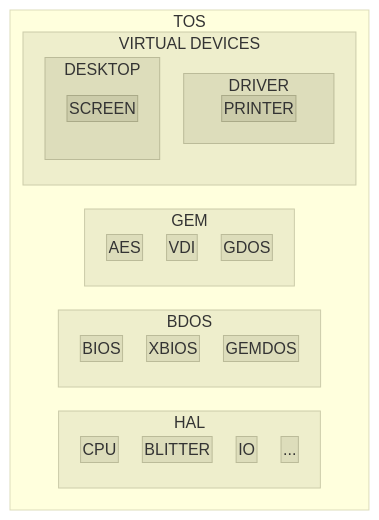
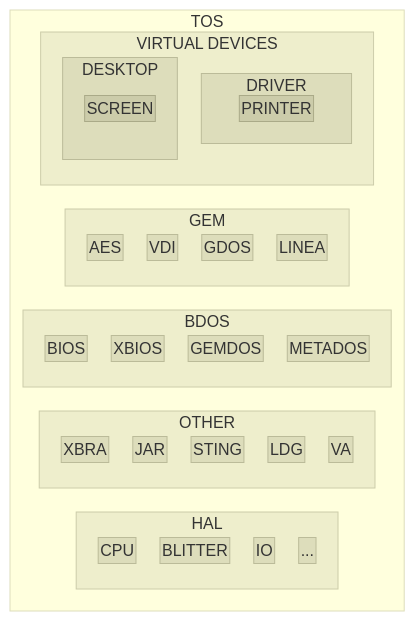
Before and after one commit to Kochise/atari-tos: the diagram in README.md, drawn with Mermaid. The commit also changed other lines of this file, not shown here.

```diff
--- a/README.md
+++ b/README.md
@@ -197,15 +199,24 @@
 			IO
 			...
 		end
+		subgraph OTHER
+			XBRA
+			JAR
+			STING
+			LDG
+			VA
+		end
 		subgraph BDOS
 			BIOS
 			XBIOS
 			GEMDOS
+			METADOS
 		end
 		subgraph GEM
 			AES
 			VDI
 			GDOS
+			LINEA
 		end
 		subgraph VD[VIRTUAL DEVICES]
 			subgraph DRIVER
@@ -220,16 +231,26 @@
 	click HAL "https://github.com/Kochise/atari-tos/tree/master/HAL" _blank
 	click CPU "https://github.com/Kochise/atari-docs/tree/master/CPU68030" _blank
 	click BLITTER "https://github.com/Kochise/atari-docs/tree/master/BLITTER" _blank
+	click IO "https://github.com/Kochise/atari-docs/tree/master/IOPORTS" _blank
+
+	click OTHER "https://github.com/Kochise/atari-tos/tree/master/OTHER" _blank
+	click XBRA "https://github.com/Kochise/atari-tos/tree/master/OTHER/XBRA.md" _blank
+	click JAR "https://github.com/Kochise/atari-tos/tree/master/OTHER/JAR.md" _blank
+	click STING "https://github.com/Kochise/atari-tos/tree/master/OTHER/STING.md" _blank
+	click LDG "https://github.com/Kochise/atari-tos/tree/master/OTHER/LDG.md" _blank
+	click VA "https://github.com/Kochise/atari-tos/tree/master/OTHER/VA.md" _blank
 
 	click BDOS "https://github.com/Kochise/atari-tos/tree/master/BDOS" _blank
 	click BIOS "https://github.com/Kochise/atari-tos/tree/master/BDOS/BIOS.md" _blank
 	click XBIOS "https://github.com/Kochise/atari-tos/tree/master/BDOS/XBIOS.md" _blank
 	click GEMDOS "https://github.com/Kochise/atari-tos/tree/master/BDOS/GEMDOS.md" _blank
+	click METADOS "https://github.com/Kochise/atari-tos/tree/master/BDOS/METADOS.md" _blank
 
 	click GEM "https://github.com/Kochise/atari-tos/tree/master/GEM" _blank
 	click AES "https://github.com/Kochise/atari-tos/tree/master/GEM/AES.md" _blank
 	click VDI "https://github.com/Kochise/atari-tos/tree/master/GEM/VDI.md" _blank
 	click GDOS "https://github.com/Kochise/atari-tos/tree/master/GEM/GDOS.md" _blank
+	click LINEA "https://github.com/Kochise/atari-tos/tree/master/GEM/LINEA.md" _blank
 
 	click VD "https://github.com/Kochise/atari-tos/tree/master/VD" _blank
 	click SCREEN "https://github.com/Kochise/atari-tos/tree/master/VD/SCREEN.md" _blank
@@ -250,15 +271,24 @@
 	class IO lvl2
 	class ... lvl2
 
+	class OTHER lvl1
+	class XBRA lvl2
+	class JAR lvl2
+	class STING lvl2
+	class LDG lvl2
+	class VA lvl2
+
 	class BDOS lvl1
 	class BIOS lvl2
 	class XBIOS lvl2
 	class GEMDOS lvl2
+	class METADOS lvl2
 
 	class GEM lvl1
 	class AES lvl2
 	class VDI lvl2
 	class GDOS lvl2
+	class LINEA lvl2
 
 	class VD lvl1
 	class DESKTOP lvl2
```
